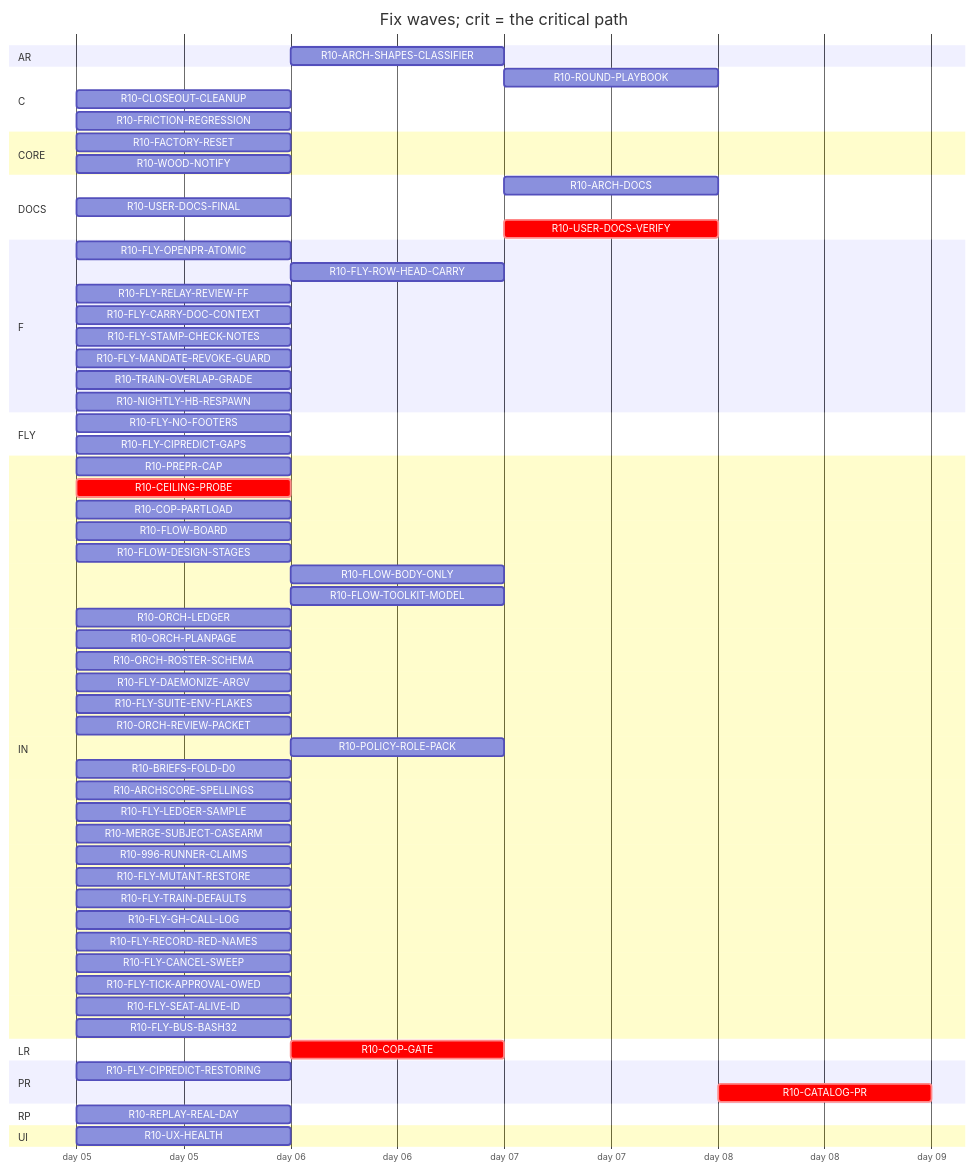
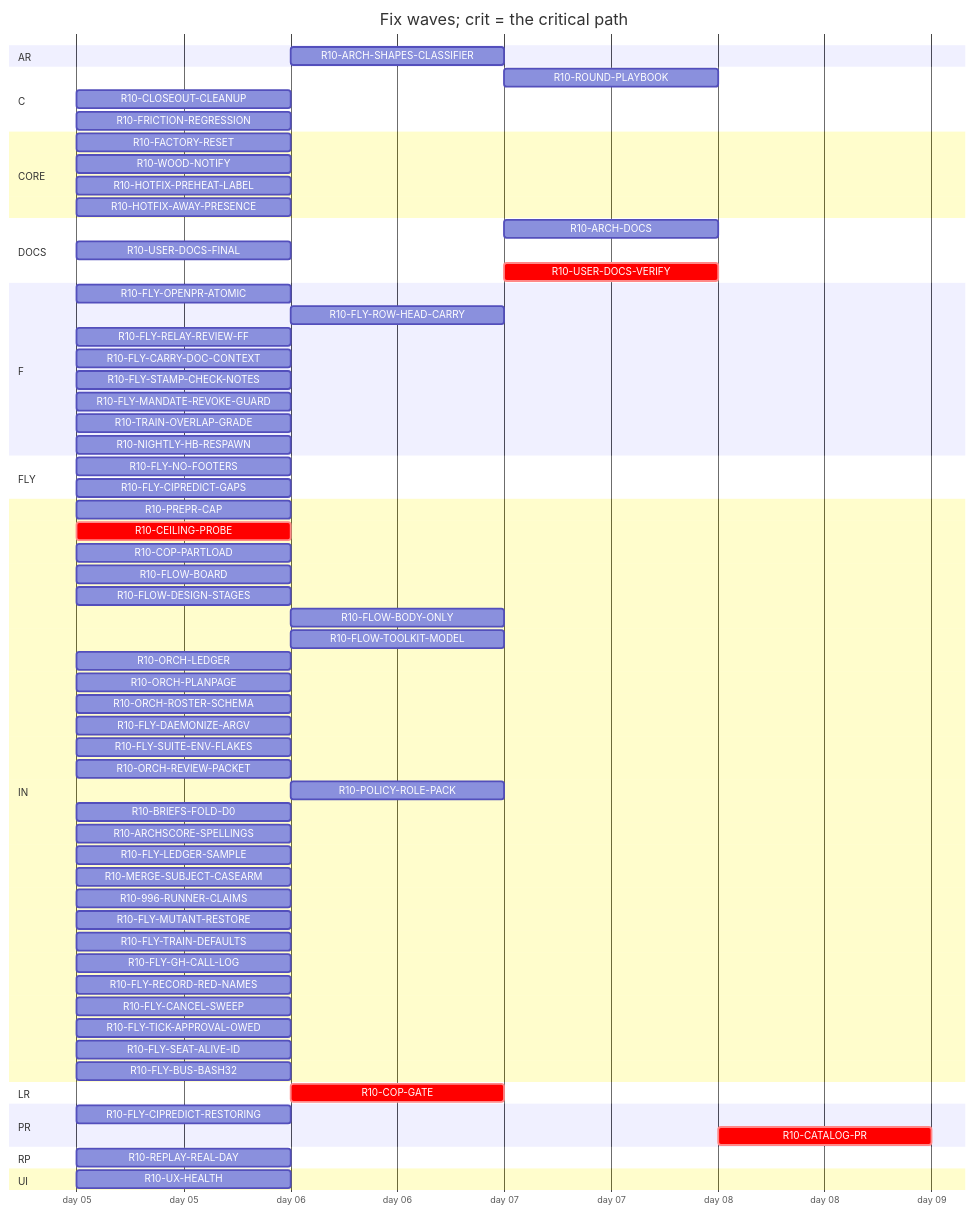
Before and after one commit to tvofi/heatpump_optimizer: the diagram in handoff/round10/state/PLAN-TABLE.md, drawn with Mermaid. The commit also changed other lines of this file and 3 other files, not shown here.

Commit message:
state: FLOW-BOARD.md, NEXT-SESSION-PROMPT.md, PLAN-TABLE.md, RESUME-CURRENT.md regenerated (state_docs.py)

````diff
--- a/handoff/round10/state/PLAN-TABLE.md
+++ b/handoff/round10/state/PLAN-TABLE.md
@@ -24,68 +24,70 @@
 ```mermaid
 gantt
   title Fix waves; crit = the critical path
   dateFormat YYYY-MM-DD
   axisFormat day %d
   section AR
     R10-ARCH-SHAPES-CLASSIFIER :r10ARCHSHAPESCLASSIFIER, after r10996RUNNERCLAIMS, 1d
   section C
     R10-ROUND-PLAYBOOK :r10ROUNDPLAYBOOK, after r10ORCHLEDGER r10ORCHPLANPAGE r10FLYRELAYREVIEWFF r10FLOWBODYONLY, 1d
     R10-CLOSEOUT-CLEANUP :r10CLOSEOUTCLEANUP, 2026-01-05, 1d
     R10-FRICTION-REGRESSION :r10FRICTIONREGRESSION, 2026-01-05, 1d
   section CORE
     R10-FACTORY-RESET :r10FACTORYRESET, 2026-01-05, 1d
     R10-WOOD-NOTIFY :r10WOODNOTIFY, 2026-01-05, 1d
+    R10-HOTFIX-PREHEAT-LABEL :r10HOTFIXPREHEATLABEL, 2026-01-05, 1d
+    R10-HOTFIX-AWAY-PRESENCE :r10HOTFIXAWAYPRESENCE, 2026-01-05, 1d
   section DOCS
     R10-ARCH-DOCS :r10ARCHDOCS, after r10COPGATE r10UXHEALTH r10CEILINGPROBE r10COPPARTLOAD r10FLOWBOARD r10FLOWDESIGNSTAGES r10FLOWBODYONLY r10FLYOPENPRATOMIC r10FLYROWHEADCARRY r10FLYRELAYREVIEWFF r10FLYCARRYDOCCONTEXT r10FLOWTOOLKITMODEL r10FLYSTAMPCHECKNOTES r10FLYMANDATEREVOKEGUARD r10TRAINOVERLAPGRADE r10NIGHTLYHBRESPAWN r10ORCHLEDGER r10ORCHPLANPAGE r10ORCHROSTERSCHEMA r10FLYDAEMONIZEARGV r10ORCHREVIEWPACKET r10POLICYROLEPACK r10BRIEFSFOLDD0 r10REPLAYREALDAY r10ARCHSCORESPELLINGS r10FLYLEDGERSAMPLE, 1d
     R10-USER-DOCS-FINAL :r10USERDOCSFINAL, 2026-01-05, 1d
     R10-USER-DOCS-VERIFY :crit, r10USERDOCSVERIFY, after r10COPGATE r10UXHEALTH r10CEILINGPROBE r10COPPARTLOAD r10FLOWBOARD r10FLOWDESIGNSTAGES r10FLOWBODYONLY r10FLYOPENPRATOMIC r10FLYROWHEADCARRY r10FLYRELAYREVIEWFF r10FLYCARRYDOCCONTEXT r10FLOWTOOLKITMODEL r10FLYSTAMPCHECKNOTES r10FLYMANDATEREVOKEGUARD r10TRAINOVERLAPGRADE r10NIGHTLYHBRESPAWN r10ORCHLEDGER r10ORCHPLANPAGE r10ORCHROSTERSCHEMA r10FLYDAEMONIZEARGV r10ORCHREVIEWPACKET r10POLICYROLEPACK r10BRIEFSFOLDD0 r10REPLAYREALDAY r10ARCHSCORESPELLINGS r10FLYLEDGERSAMPLE r10FACTORYRESET r10WOODNOTIFY r10USERDOCSFINAL, 1d
   section F
     R10-FLY-OPENPR-ATOMIC :r10FLYOPENPRATOMIC, 2026-01-05, 1d
     R10-FLY-ROW-HEAD-CARRY :r10FLYROWHEADCARRY, after r10FLYOPENPRATOMIC, 1d
     R10-FLY-RELAY-REVIEW-FF :r10FLYRELAYREVIEWFF, 2026-01-05, 1d
     R10-FLY-CARRY-DOC-CONTEXT :r10FLYCARRYDOCCONTEXT, 2026-01-05, 1d
     R10-FLY-STAMP-CHECK-NOTES :r10FLYSTAMPCHECKNOTES, 2026-01-05, 1d
     R10-FLY-MANDATE-REVOKE-GUARD :r10FLYMANDATEREVOKEGUARD, 2026-01-05, 1d
     R10-TRAIN-OVERLAP-GRADE :r10TRAINOVERLAPGRADE, 2026-01-05, 1d
     R10-NIGHTLY-HB-RESPAWN :r10NIGHTLYHBRESPAWN, 2026-01-05, 1d
   section FLY
     R10-FLY-NO-FOOTERS :r10FLYNOFOOTERS, 2026-01-05, 1d
     R10-FLY-CIPREDICT-GAPS :r10FLYCIPREDICTGAPS, 2026-01-05, 1d
   section IN
     R10-PREPR-CAP :r10PREPRCAP, 2026-01-05, 1d
     R10-CEILING-PROBE :crit, r10CEILINGPROBE, 2026-01-05, 1d
     R10-COP-PARTLOAD :r10COPPARTLOAD, 2026-01-05, 1d
     R10-FLOW-BOARD :r10FLOWBOARD, 2026-01-05, 1d
     R10-FLOW-DESIGN-STAGES :r10FLOWDESIGNSTAGES, 2026-01-05, 1d
     R10-FLOW-BODY-ONLY :r10FLOWBODYONLY, after r10FLYOPENPRATOMIC, 1d
     R10-FLOW-TOOLKIT-MODEL :r10FLOWTOOLKITMODEL, after r10ORCHPLANPAGE, 1d
     R10-ORCH-LEDGER :r10ORCHLEDGER, 2026-01-05, 1d
     R10-ORCH-PLANPAGE :r10ORCHPLANPAGE, 2026-01-05, 1d
     R10-ORCH-ROSTER-SCHEMA :r10ORCHROSTERSCHEMA, 2026-01-05, 1d
     R10-FLY-DAEMONIZE-ARGV :r10FLYDAEMONIZEARGV, 2026-01-05, 1d
     R10-FLY-SUITE-ENV-FLAKES :r10FLYSUITEENVFLAKES, 2026-01-05, 1d
     R10-ORCH-REVIEW-PACKET :r10ORCHREVIEWPACKET, 2026-01-05, 1d
     R10-POLICY-ROLE-PACK :r10POLICYROLEPACK, after r10FLOWDESIGNSTAGES, 1d
     R10-BRIEFS-FOLD-D0 :r10BRIEFSFOLDD0, 2026-01-05, 1d
     R10-ARCHSCORE-SPELLINGS :r10ARCHSCORESPELLINGS, 2026-01-05, 1d
     R10-FLY-LEDGER-SAMPLE :r10FLYLEDGERSAMPLE, 2026-01-05, 1d
     R10-MERGE-SUBJECT-CASEARM :r10MERGESUBJECTCASEARM, 2026-01-05, 1d
     R10-996-RUNNER-CLAIMS :r10996RUNNERCLAIMS, 2026-01-05, 1d
     R10-FLY-MUTANT-RESTORE :r10FLYMUTANTRESTORE, 2026-01-05, 1d
     R10-FLY-TRAIN-DEFAULTS :r10FLYTRAINDEFAULTS, 2026-01-05, 1d
     R10-FLY-GH-CALL-LOG :r10FLYGHCALLLOG, 2026-01-05, 1d
     R10-FLY-RECORD-RED-NAMES :r10FLYRECORDREDNAMES, 2026-01-05, 1d
     R10-FLY-CANCEL-SWEEP :r10FLYCANCELSWEEP, 2026-01-05, 1d
     R10-FLY-TICK-APPROVAL-OWED :r10FLYTICKAPPROVALOWED, 2026-01-05, 1d
     R10-FLY-SEAT-ALIVE-ID :r10FLYSEATALIVEID, 2026-01-05, 1d
     R10-FLY-BUS-BASH32 :r10FLYBUSBASH32, 2026-01-05, 1d
   section LR
     R10-COP-GATE :crit, r10COPGATE, after r10CEILINGPROBE, 1d
   section PR
     R10-FLY-CIPREDICT-RESTORING :r10FLYCIPREDICTRESTORING, 2026-01-05, 1d
     R10-CATALOG-PR :crit, r10CATALOGPR, after r10USERDOCSVERIFY, 1d
   section RP
     R10-REPLAY-REAL-DAY :r10REPLAYREALDAY, 2026-01-05, 1d
   section UI
     R10-UX-HEALTH :r10UXHEALTH, 2026-01-05, 1d
 ```
````
